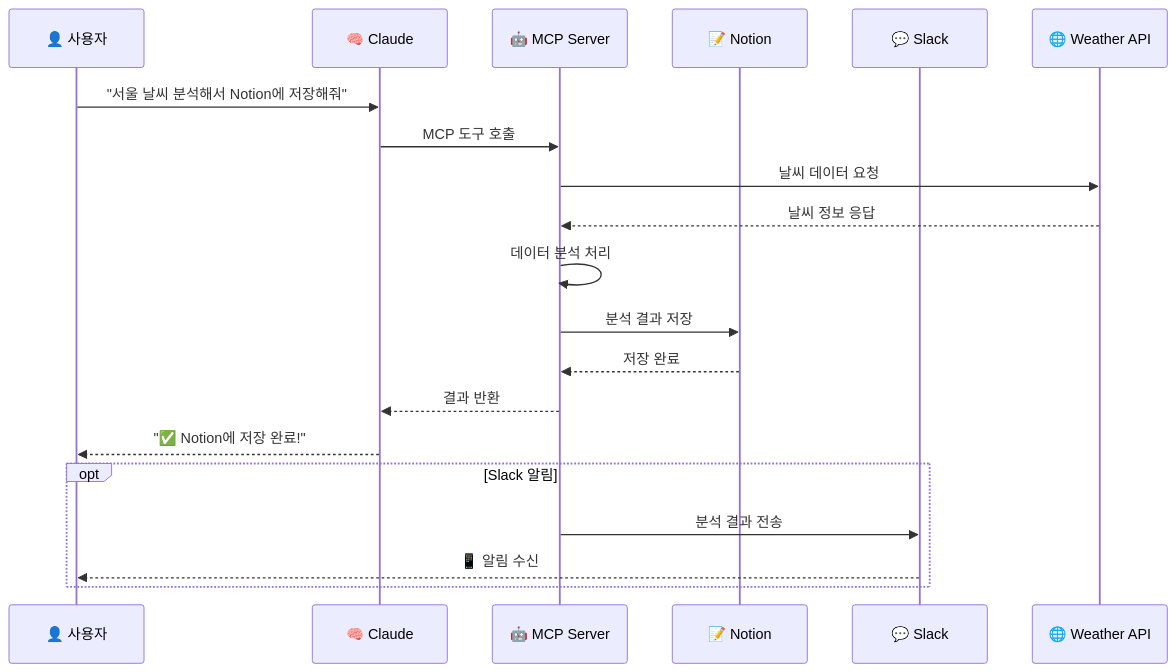
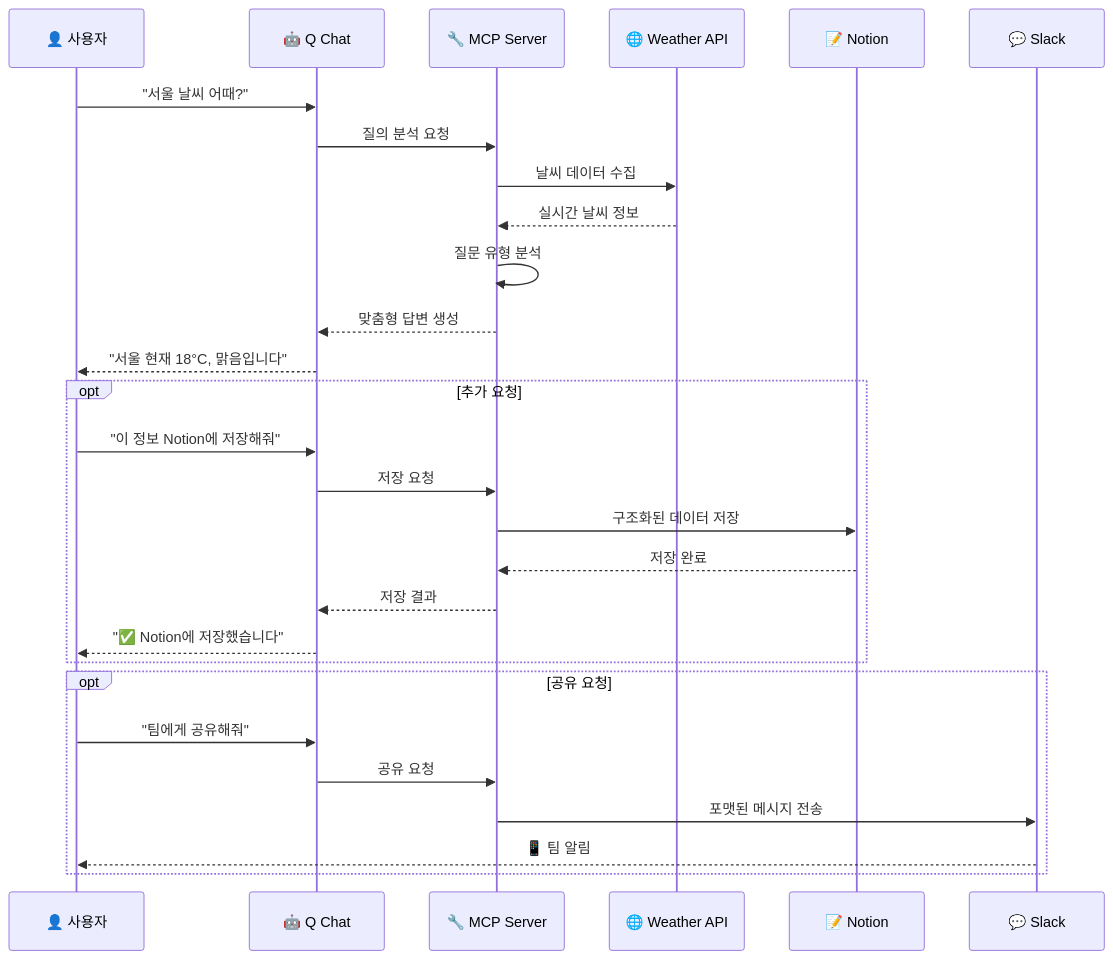
The second of 3 diagrams in README.md (idle0403/social-media-repo), drawn with Mermaid before and after one commit. The commit also changed other lines of this file and 4 other files, not shown here.

````diff
--- a/README.md
+++ b/README.md
@@ -53,24 +55,33 @@
 ```mermaid
 sequenceDiagram
     participant U as 👤 사용자
-    participant C as 🧠 Claude
-    participant M as 🤖 MCP Server
+    participant Q as 🤖 Q Chat
+    participant M as 🔧 MCP Server
+    participant W as 🌐 Weather API
     participant N as 📝 Notion
     participant S as 💬 Slack
-    participant W as 🌐 Weather API
     
-    U->>C: "서울 날씨 분석해서 Notion에 저장해줘"
-    C->>M: MCP 도구 호출
-    M->>W: 날씨 데이터 요청
-    W-->>M: 날씨 정보 응답
-    M->>M: 데이터 분석 처리
-    M->>N: 분석 결과 저장
-    N-->>M: 저장 완료
-    M-->>C: 결과 반환
-    C-->>U: "✅ Notion에 저장 완료!"
+    U->>Q: "서울 날씨 어때?"
+    Q->>M: 질의 분석 요청
+    M->>W: 날씨 데이터 수집
+    W-->>M: 실시간 날씨 정보
+    M->>M: 질문 유형 분석
+    M-->>Q: 맞춤형 답변 생성
+    Q-->>U: "서울 현재 18°C, 맑음입니다"
     
-    opt Slack 알림
-        M->>S: 분석 결과 전송
-        S-->>U: 📱 알림 수신
+    opt 추가 요청
+        U->>Q: "이 정보 Notion에 저장해줘"
+        Q->>M: 저장 요청
+        M->>N: 구조화된 데이터 저장
+        N-->>M: 저장 완료
+        M-->>Q: 저장 결과
+        Q-->>U: "✅ Notion에 저장했습니다"
+    end
+    
+    opt 공유 요청
+        U->>Q: "팀에게 공유해줘"
+        Q->>M: 공유 요청
+        M->>S: 포맷된 메시지 전송
+        S-->>U: 📱 팀 알림
     end
 ```
````
